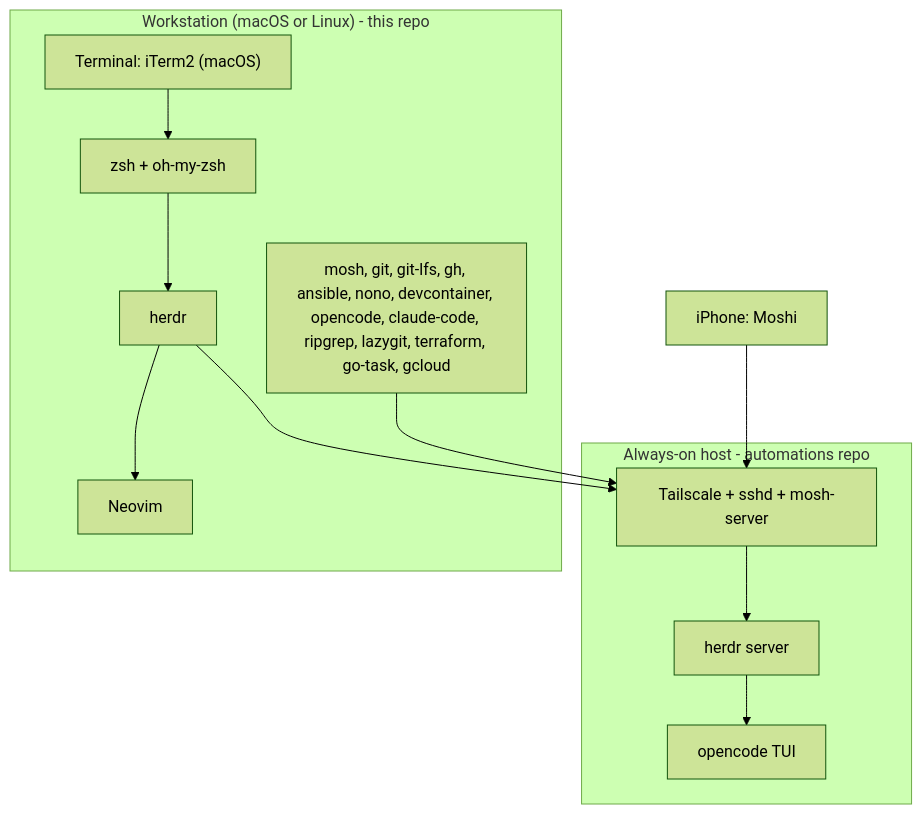
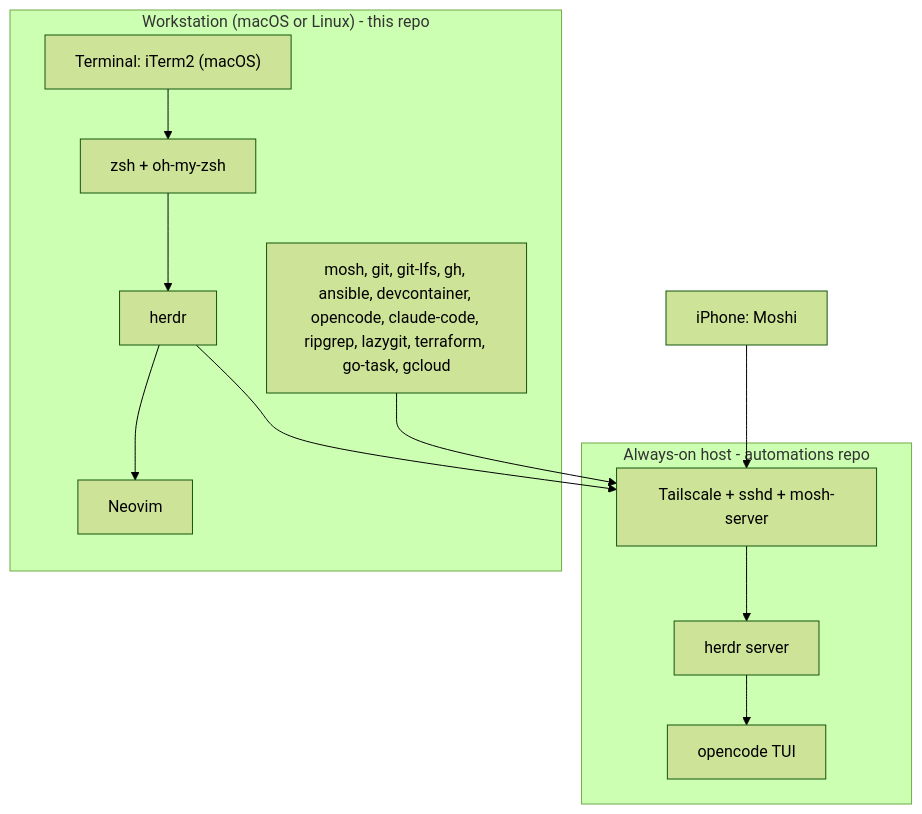
One commit to jkamenik/tui-ide changed the diagram in docs/architecture.md. Above: the diagram before and after it, drawn with Mermaid (forest theme). The commit also changed other lines of this file and 16 other files, not shown here.

````diff
--- a/docs/architecture.md
+++ b/docs/architecture.md
@@ -21,26 +21,26 @@
 ```mermaid
 flowchart TB
     subgraph Workstation["Workstation (macOS or Linux) - this repo"]
         Term["Terminal: iTerm2 (macOS)"]
         Shell["zsh + oh-my-zsh"]
         Mux["herdr"]
         Edit["Neovim"]
-        Tools["mosh, git, git-lfs, gh, ansible, nono, devcontainer, opencode, claude-code, ripgrep, lazygit, terraform, go-task, gcloud"]
+        Tools["mosh, git, git-lfs, gh, ansible, devcontainer, opencode, claude-code, ripgrep, lazygit, terraform, go-task, gcloud"]
     end
 
     subgraph Remote["Always-on host - automations repo"]
         TSNet["Tailscale + sshd + mosh-server"]
         Hmux["herdr server"]
         Agent["opencode TUI"]
     end
 
     IOS["iPhone: Moshi"]
 
     Term --> Shell --> Mux
     Mux --> Edit
     Mux --> TSNet
     Tools --> TSNet
     IOS --> TSNet
     TSNet --> Hmux
     Hmux --> Agent
 ```
````
